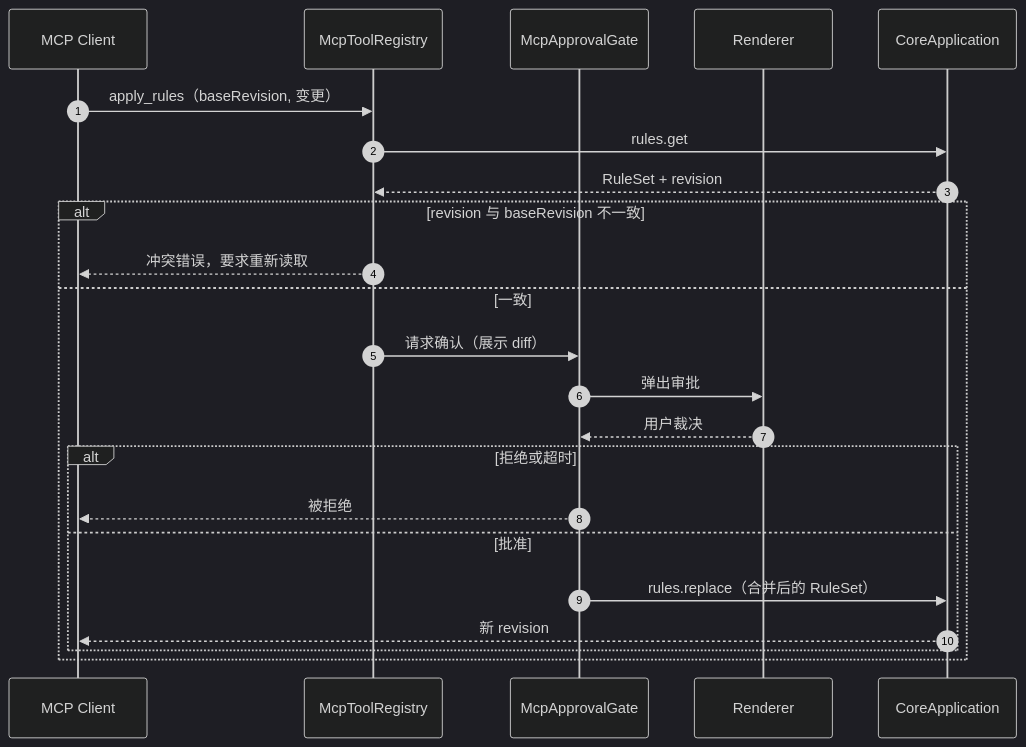
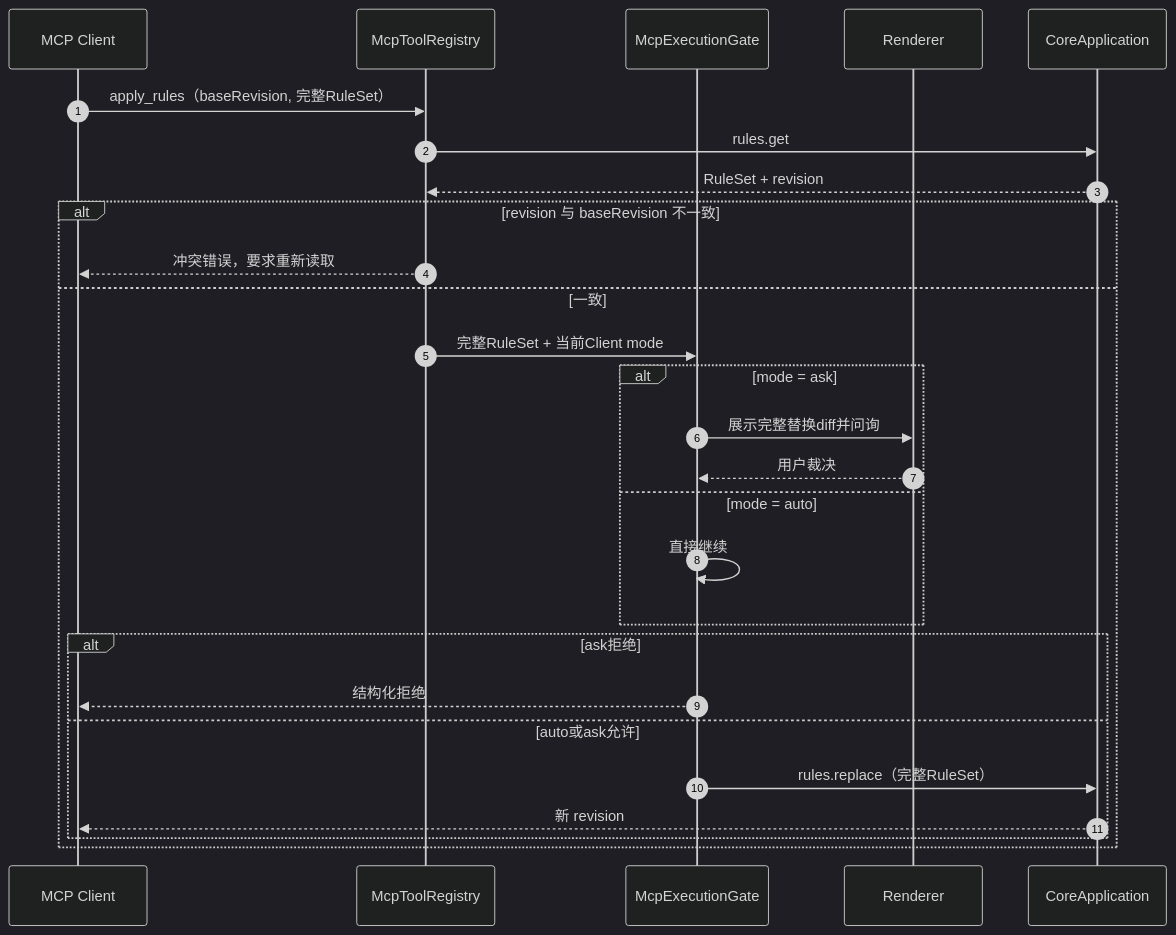
Before and after one commit to zhxmt-xm/Interceptor: the second of 9 diagrams in architecture/features/mcp.md, drawn with Mermaid (dark theme). The commit also changed other lines of this file and 14 other files, not shown here.

Commit message:
docs(agent): define shared tool capability roadmap

````diff
--- a/architecture/features/mcp.md
+++ b/architecture/features/mcp.md
@@ -162,26 +148,30 @@
 ```mermaid
 sequenceDiagram
     autonumber
     participant AI as MCP Client
     participant REG as McpToolRegistry
-    participant GATE as McpApprovalGate
+    participant GATE as McpExecutionGate
     participant UI as Renderer
     participant Core as CoreApplication
 
-    AI->>REG: apply_rules（baseRevision, 变更）
+    AI->>REG: apply_rules（baseRevision, 完整RuleSet）
     REG->>Core: rules.get
     Core-->>REG: RuleSet + revision
     alt revision 与 baseRevision 不一致
         REG-->>AI: 冲突错误，要求重新读取
     else 一致
-        REG->>GATE: 请求确认（展示 diff）
-        GATE->>UI: 弹出审批
-        UI-->>GATE: 用户裁决
-        alt 拒绝或超时
-            GATE-->>AI: 被拒绝
-        else 批准
-            GATE->>Core: rules.replace（合并后的 RuleSet）
+        REG->>GATE: 完整RuleSet + 当前Client mode
+        alt mode = ask
+            GATE->>UI: 展示完整替换diff并问询
+            UI-->>GATE: 用户裁决
+        else mode = auto
+            GATE->>GATE: 直接继续
+        end
+        alt ask拒绝
+            GATE-->>AI: 结构化拒绝
+        else auto或ask允许
+            GATE->>Core: rules.replace（完整RuleSet）
             Core-->>AI: 新 revision
         end
     end
 ```
````
